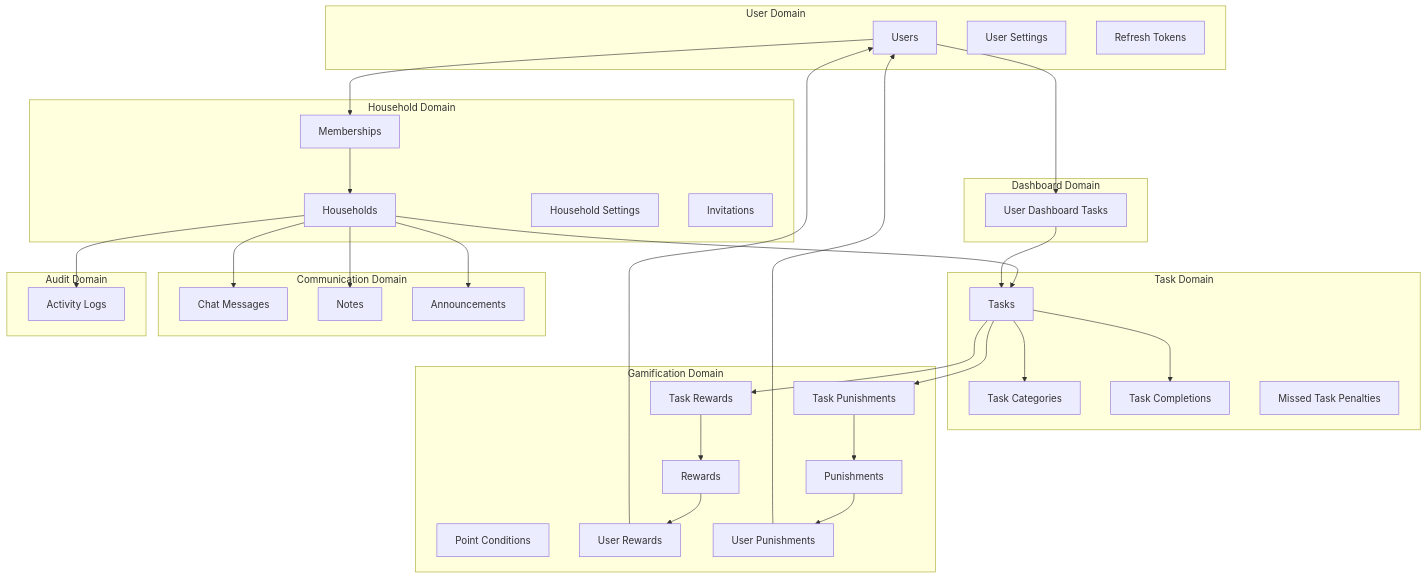
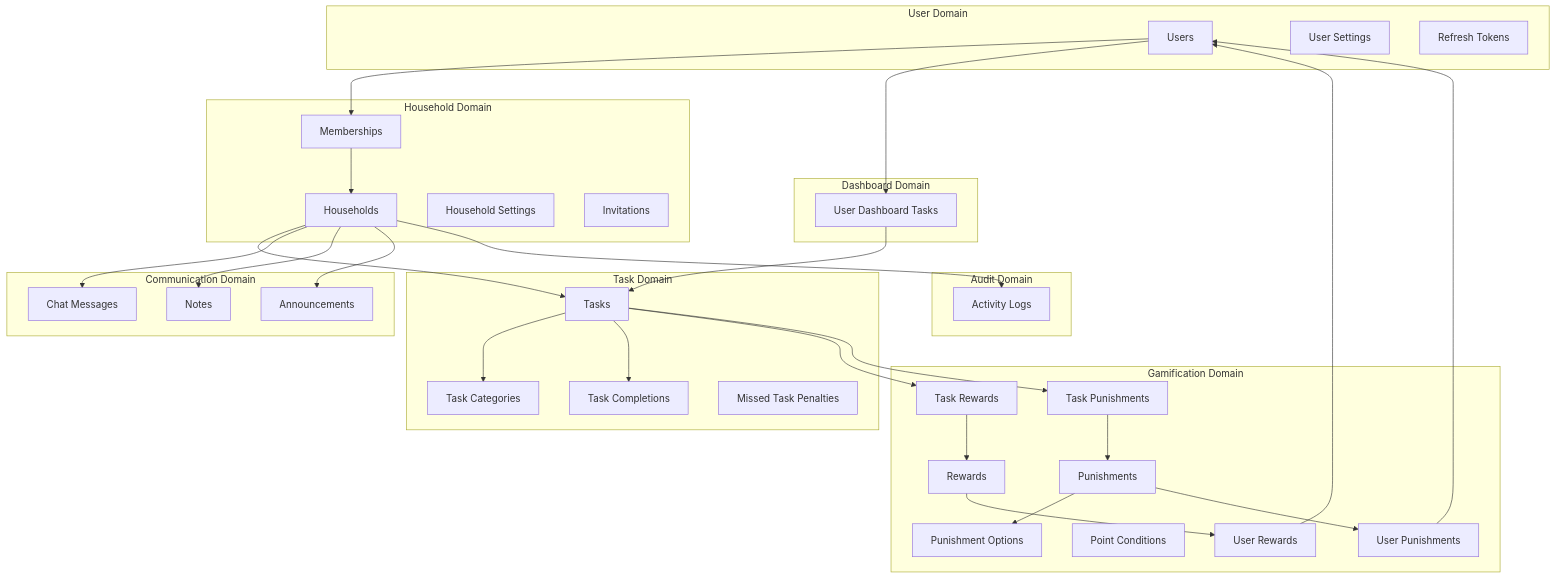
One commit to neosam/haushalt changed the second of 3 diagrams in specs/architecture/04-database-schema.md. Above: the diagram before and after it, drawn with Mermaid. The commit also changed other lines of this file and 20 other files, not shown here.

````diff
--- a/specs/architecture/04-database-schema.md
+++ b/specs/architecture/04-database-schema.md
@@ -279,57 +289,59 @@
 ```mermaid
 flowchart TB
     subgraph "User Domain"
         U[Users]
         US[User Settings]
         RT[Refresh Tokens]
     end
 
     subgraph "Household Domain"
         H[Households]
         HM[Memberships]
         HS[Household Settings]
         HI[Invitations]
     end
 
     subgraph "Task Domain"
         T[Tasks]
         TC[Task Categories]
         TCmp[Task Completions]
         MTP[Missed Task Penalties]
     end
 
     subgraph "Gamification Domain"
         R[Rewards]
         P[Punishments]
+        PO[Punishment Options]
         PC[Point Conditions]
         UR[User Rewards]
         UP[User Punishments]
         TR[Task Rewards]
         TP[Task Punishments]
     end
 
     subgraph "Communication Domain"
         CM[Chat Messages]
         N[Notes]
         A[Announcements]
     end
 
     subgraph "Audit Domain"
         AL[Activity Logs]
     end
 
     subgraph "Dashboard Domain"
         UDT[User Dashboard Tasks]
     end
 
     U --> HM --> H
     H --> T --> TC
     T --> TCmp
     T --> TR --> R
     T --> TP --> P
+    P --> PO
     R --> UR --> U
     P --> UP --> U
     H --> CM & N & A
     H --> AL
     U --> UDT --> T
 ```
````
